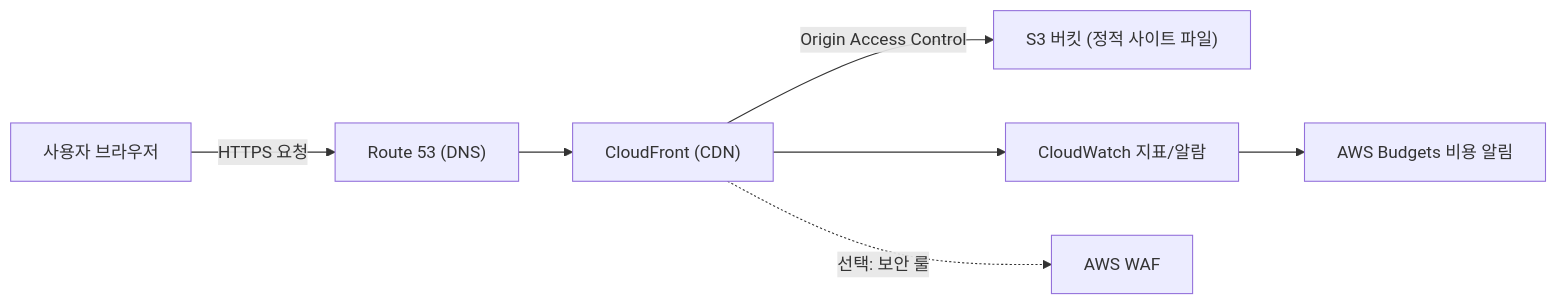
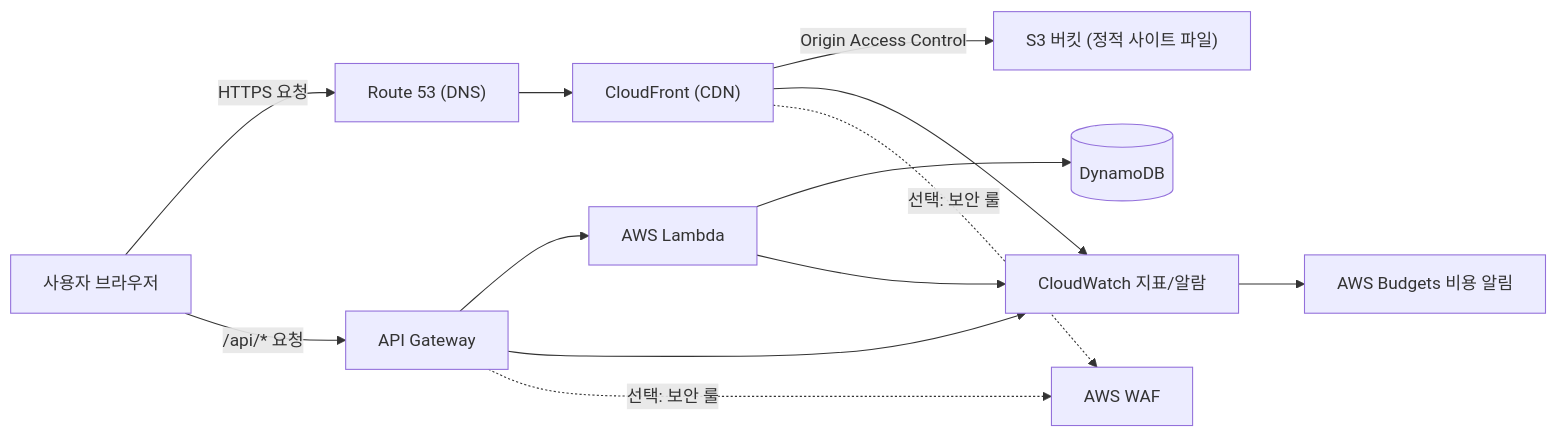
Before and after one commit to toyuq/aws-admin-roadmap: the diagram in aws_website.md, drawn with Mermaid. The commit also changed other lines of this file, not shown here.

Commit message:
docs: update dynamic architecture flow with API Gateway path

````diff
--- a/aws_website.md
+++ b/aws_website.md
@@ -55,9 +55,15 @@
 ```mermaid
 flowchart LR
 	U["사용자 브라우저"] -->|"HTTPS 요청"| R53["Route 53 (DNS)"]
 	R53 --> CF["CloudFront (CDN)"]
 	CF -->|"Origin Access Control"| S3["S3 버킷 (정적 사이트 파일)"]
+	U -->|"/api/* 요청"| APIGW["API Gateway"]
+	APIGW --> LMB["AWS Lambda"]
+	LMB --> DDB[("DynamoDB")]
 	CF --> CW["CloudWatch 지표/알람"]
+	LMB --> CW
+	APIGW --> CW
 	CW --> BUD["AWS Budgets 비용 알림"]
 	CF -. "선택: 보안 룰" .-> WAF["AWS WAF"]
+	APIGW -. "선택: 보안 룰" .-> WAF
 ```
````
